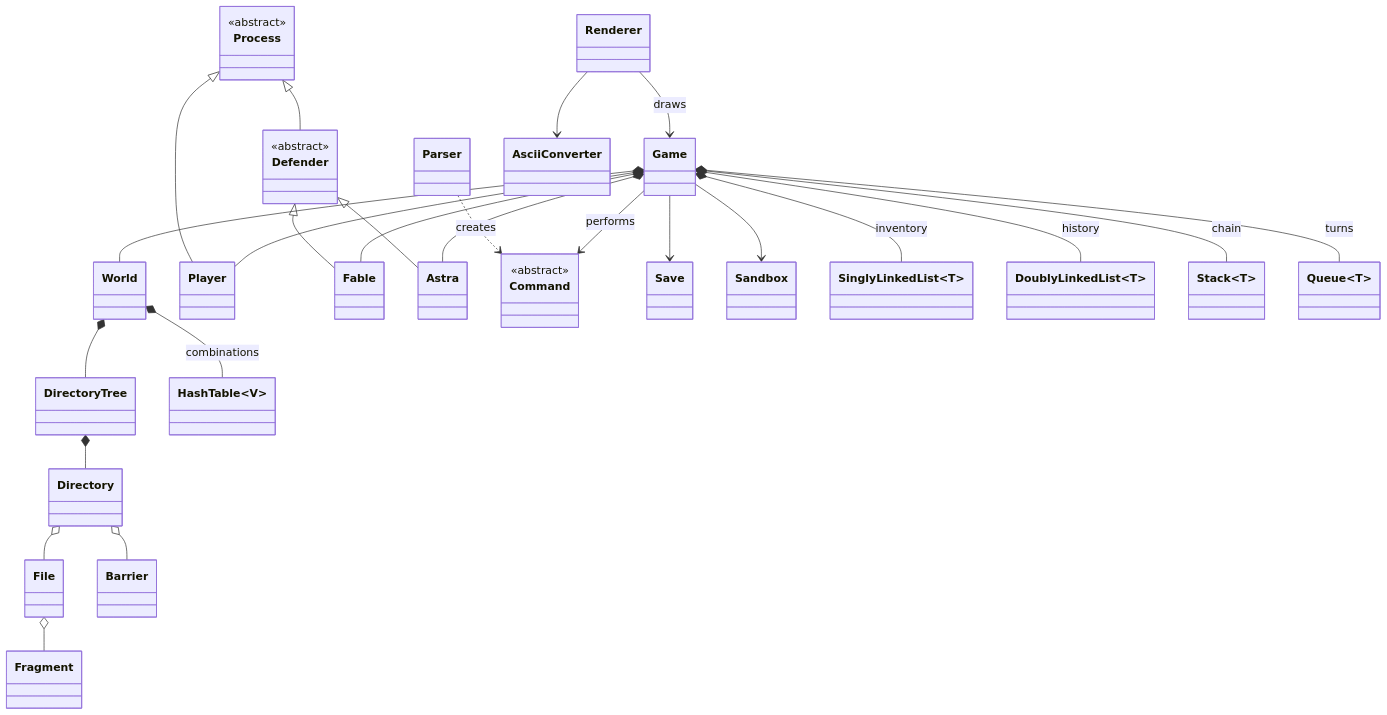
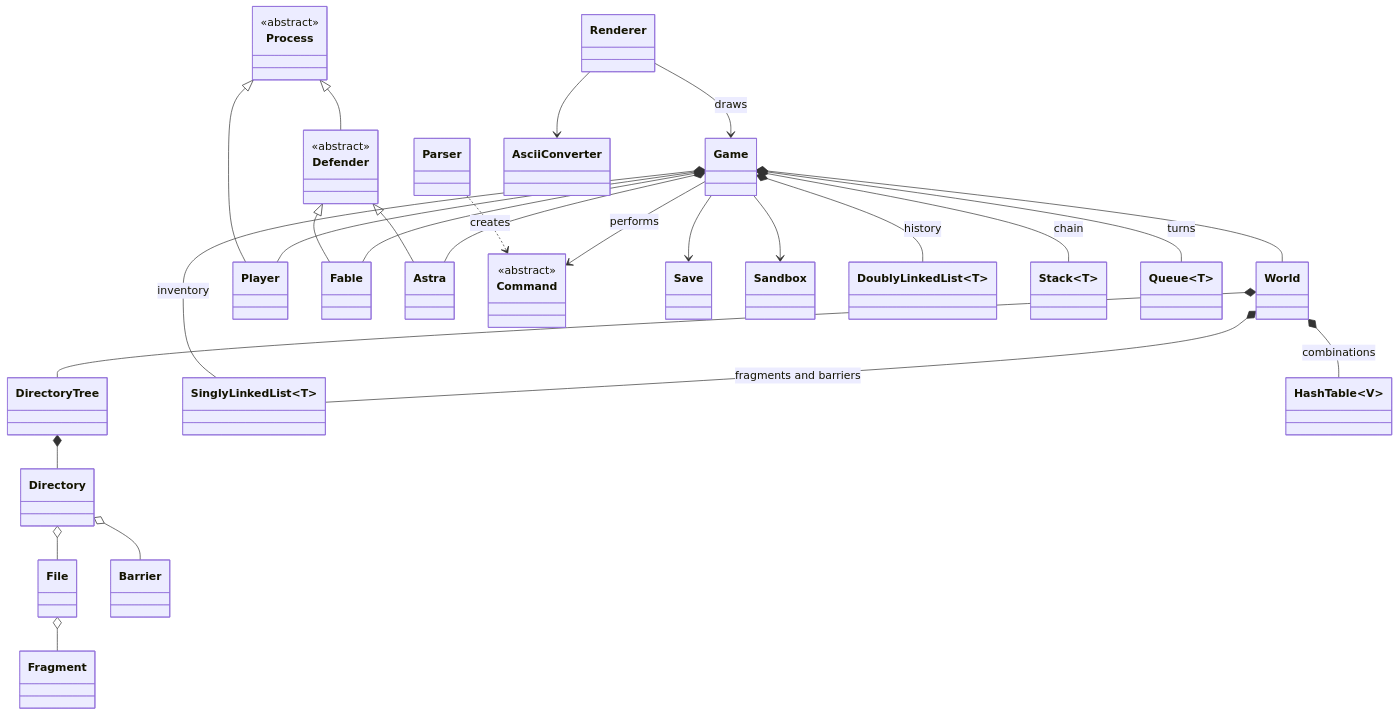
Before and after one commit to Lawrensu/Deviant: the first of 11 diagrams in docs/class_diagram.md, drawn with Mermaid. The commit also changed other lines of this file and 16 other files, not shown here.

````diff
--- a/docs/class_diagram.md
+++ b/docs/class_diagram.md
@@ -24,60 +24,61 @@
 ```mermaid
 classDiagram
     class Game
     class World
     class DirectoryTree
     class Directory
     class File
     class Fragment
     class Barrier
     class Process {
         <<abstract>>
     }
     class Defender {
         <<abstract>>
     }
     class Player
     class Fable
     class Astra
     class Command {
         <<abstract>>
     }
     class Parser
     class Save
     class Sandbox
     class Renderer
     class AsciiConverter
     class SinglyLinkedList~T~
     class DoublyLinkedList~T~
     class Stack~T~
     class Queue~T~
     class HashTable~V~
 
     Process <|-- Player
     Process <|-- Defender
     Defender <|-- Fable
     Defender <|-- Astra
 
     Game *-- World
     Game *-- Player
     Game *-- Fable
     Game *-- Astra
     Game *-- SinglyLinkedList : inventory
     Game *-- Stack : chain
     Game *-- DoublyLinkedList : history
     Game *-- Queue : turns
 
     World *-- DirectoryTree
     World *-- HashTable : combinations
+    World *-- SinglyLinkedList : fragments and barriers
     DirectoryTree *-- Directory
     Directory o-- File
     Directory o-- Barrier
     File o-- Fragment
 
     Parser ..> Command : creates
     Game --> Command : performs
     Game --> Save
     Game --> Sandbox
     Renderer --> Game : draws
     Renderer --> AsciiConverter
 ```
````
